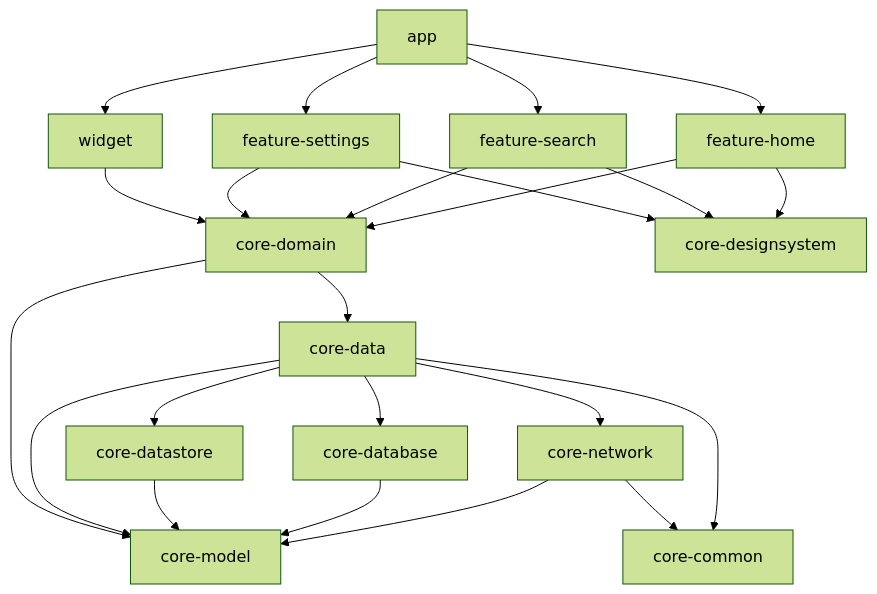
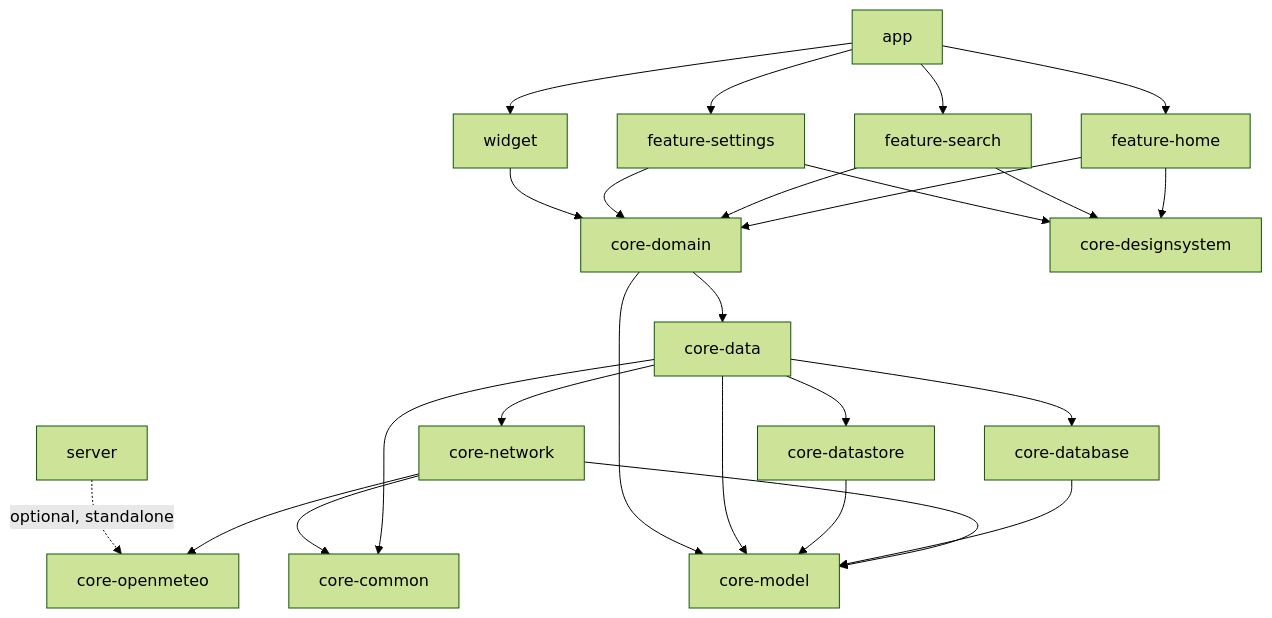
Before and after one commit to vihrea1337/skycast: the diagram in README.md, drawn with Mermaid (forest theme). The commit also changed other lines of this file, not shown here.

First line of the commit message:
docs: document the optional Ktor backend in the portfolio README

````diff
--- a/README.md
+++ b/README.md
@@ -44,10 +46,12 @@
 ```mermaid
 graph TD
     app --> feature-home & feature-search & feature-settings & widget
     feature-home & feature-search & feature-settings --> core-domain & core-designsystem
     widget --> core-domain
     core-domain --> core-data
     core-data --> core-network & core-database & core-datastore
     core-network & core-database & core-datastore & core-data & core-domain --> core-model
     core-data & core-network --> core-common
+    core-network --> core-openmeteo
+    server -. optional, standalone .-> core-openmeteo
 ```
````
